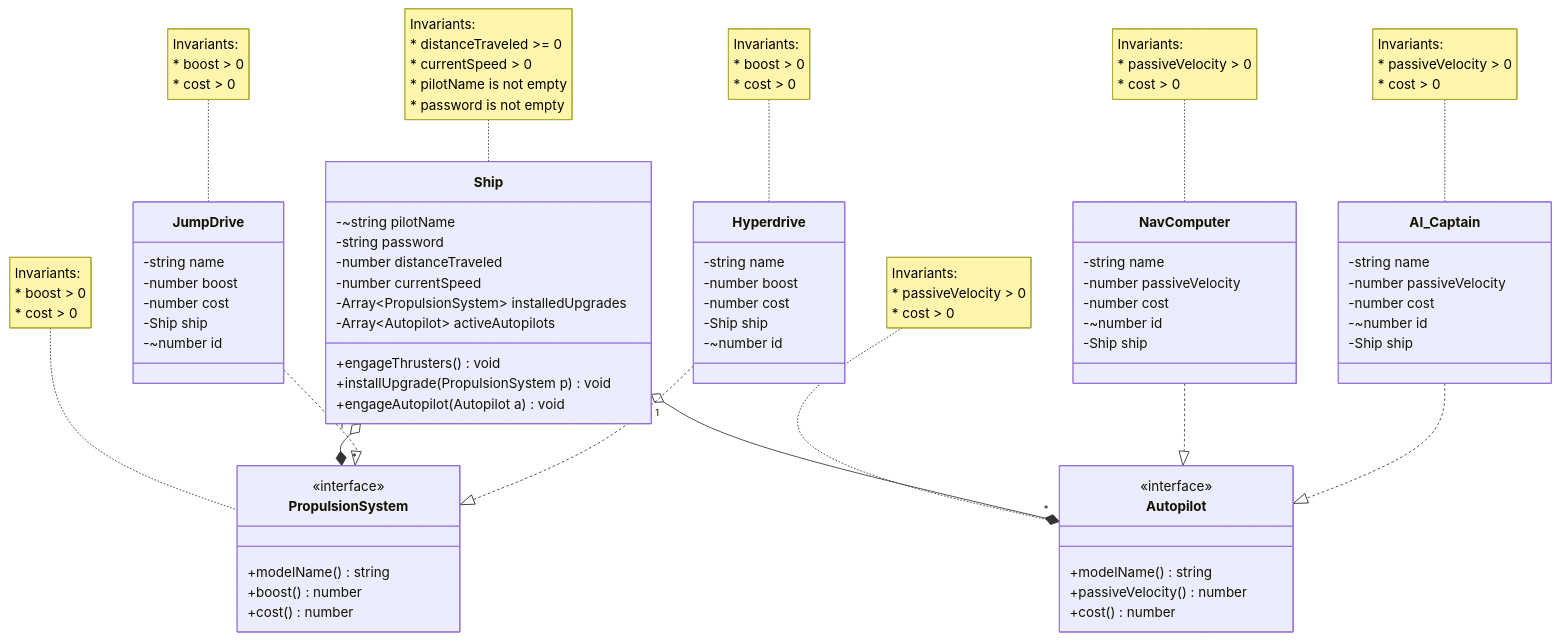
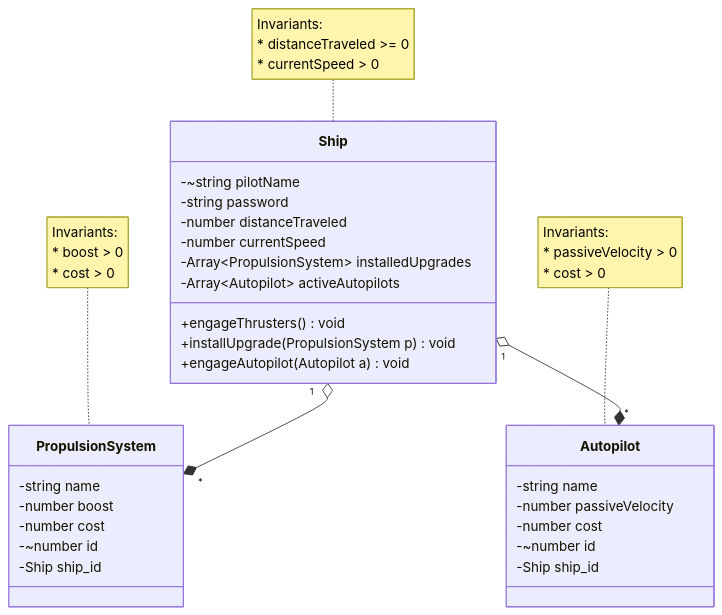
Before and after one commit to TheTaiMan/Void-Voyager: the diagram in domain.md, drawn with Mermaid.

Commit message:
Added Inventory Class

````diff
--- a/domain.md
+++ b/domain.md
@@ -53,102 +53,39 @@
 
     note for Ship "Invariants:
     * distanceTraveled >= 0
-    * currentSpeed > 0
-    * pilotName is not empty
-    * password is not empty"
+    * currentSpeed > 0"
 
     class PropulsionSystem {
-        <<interface>>
-        +modelName() string
-        +boost() number
-        +cost() number
+        -string name
+        -number boost
+        -number cost
+
+        %% No natural key exists, so a synthetic id is required
+        -~number id
+        %% ship is a DB only
+        -Ship ship_id
     }
 
     note for PropulsionSystem "Invariants:
     * boost > 0
     * cost > 0"
 
-    class JumpDrive {
+    class Autopilot {
         -string name
-        -number boost
+        %% Clicks Per Second
+        -number passiveVelocity
         -number cost
 
-        %% ship is a DB only
-        -Ship ship
         %% No natural key exists, so a synthetic id is required
         -~number id
-    }
-
-    note for JumpDrive "Invariants:
-    * boost > 0
-    * cost > 0"
-
-    class Hyperdrive {
-        -string name
-        -number boost
-        -number cost
-
         %% ship is a DB only
-        -Ship ship
-        %% No natural key exists, so a synthetic id is required
-        -~number id
-    }
-
-    note for Hyperdrive "Invariants:
-    * boost > 0
-    * cost > 0"
-
-    class Autopilot {
-        <<interface>>
-        +modelName() string
-        %% Clicks Per Second
-        +passiveVelocity() number
-        +cost() number
+        -Ship ship_id
     }
 
     note for Autopilot "Invariants:
     * passiveVelocity > 0
     * cost > 0"
 
-    class NavComputer {
-        -string name
-        %% Clicks Per Second
-        -number passiveVelocity 
-        -number cost
-
-        %% No natural key exists, so a synthetic id is required
-        -~number id
-        %% ship is a DB only
-        -Ship ship
-    }
-
-    note for NavComputer "Invariants:
-    * passiveVelocity > 0
-    * cost > 0"
-
-    class AI_Captain {
-        -string name
-        %% Clicks Per Second
-        -number passiveVelocity
-        -number cost
-
-        %% ship is a DB only
-        -~number id
-        %% No natural key exists, so a synthetic id is required
-        -Ship ship
-    }
-
-
-    note for AI_Captain "Invariants:
-    * passiveVelocity > 0
-    * cost > 0"
-
     Ship "1" o--* "*" PropulsionSystem
     Ship "1" o--* "*" Autopilot
-
-    JumpDrive ..|> PropulsionSystem
-    Hyperdrive ..|> PropulsionSystem
-
-    NavComputer ..|> Autopilot
-    AI_Captain ..|> Autopilot
 ```
````
